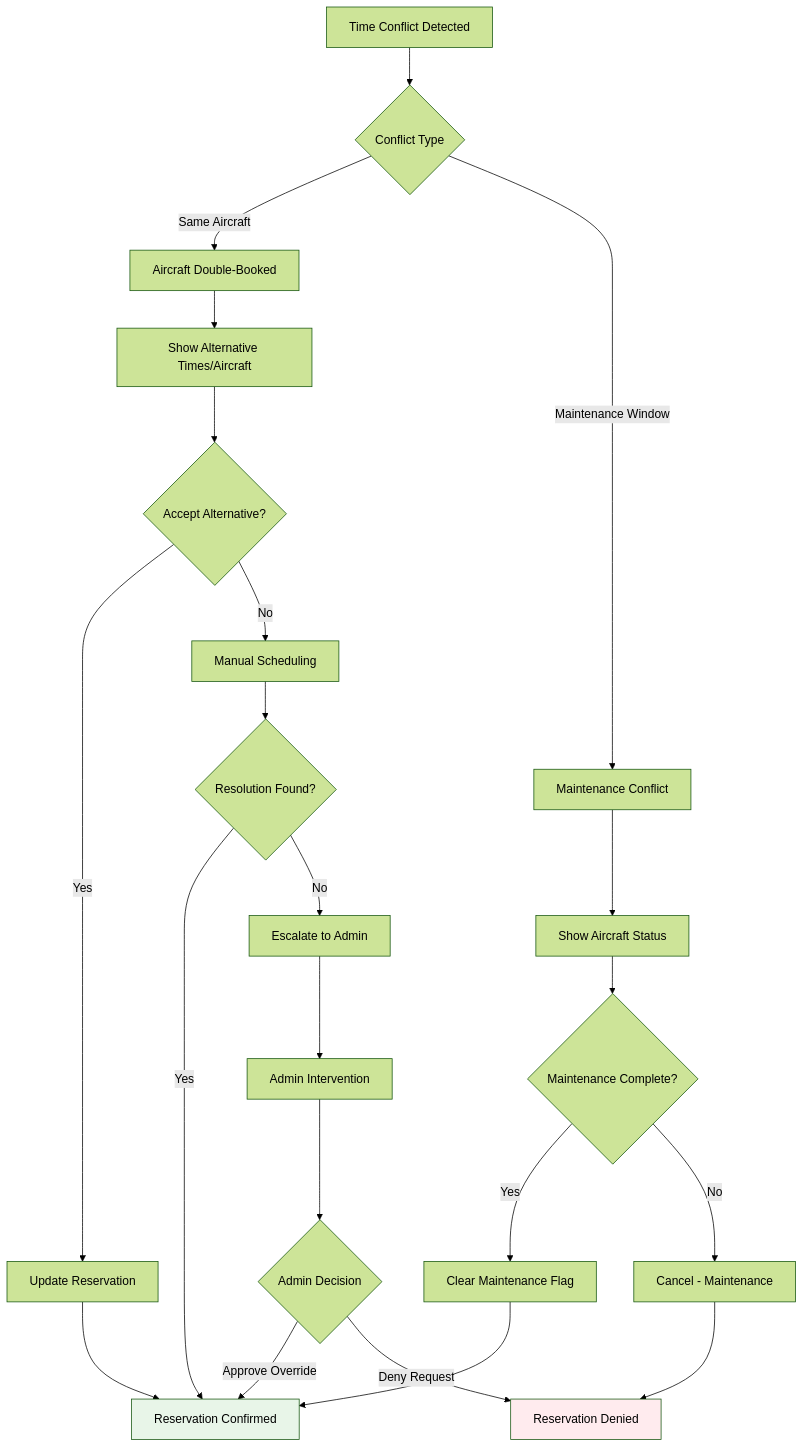
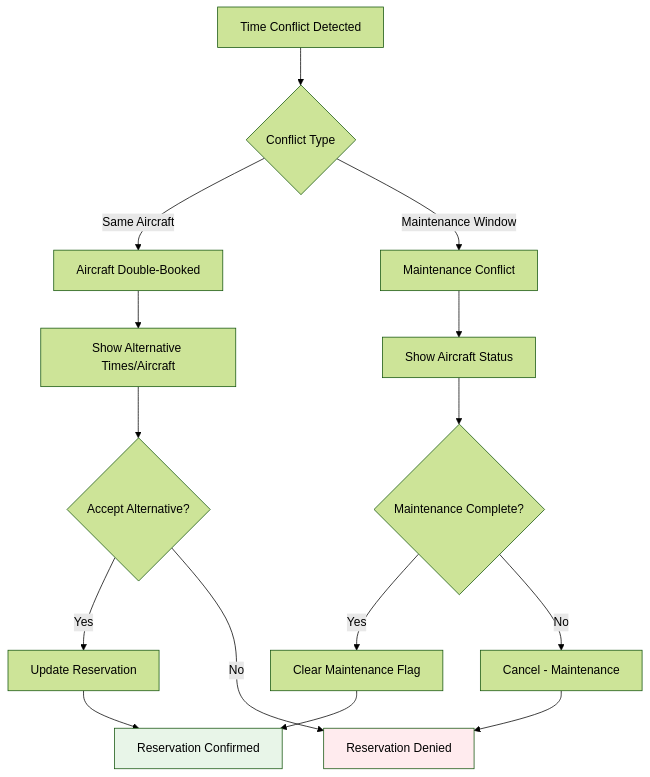
The fourth of 5 diagrams in docs/workflows/issue-190-glider-reservation-design.md (pietbarber/Manage2Soar), drawn with Mermaid (forest theme) before and after one commit. The commit also changed other lines of this file, not shown here.

Commit message:
Refactor glider reservation workflow to introduce 'Guest Flying' option and enhance qualification checks. Update flowchart logic for improved clarity in reservation processes, including mandatory safety meeting validation and simplified conflict resolution.

````diff
--- a/docs/workflows/issue-190-glider-reservation-design.md
+++ b/docs/workflows/issue-190-glider-reservation-design.md
@@ -161,36 +168,27 @@
 ```mermaid
 flowchart TD
     A[Time Conflict Detected] --> B{Conflict Type}
     
     B -->|Same Aircraft| C[Aircraft Double-Booked]
     B -->|Maintenance Window| D[Maintenance Conflict]
     
     C --> E[Show Alternative Times/Aircraft]
     D --> F[Show Aircraft Status]
     
     E --> G{Accept Alternative?}
     F --> H{Maintenance Complete?}
     
     G -->|Yes| I[Update Reservation]
     H -->|Yes| J[Clear Maintenance Flag]
     
-    G -->|No| K[Manual Scheduling]
+    G -->|No| K[Reservation Denied]
     H -->|No| L[Cancel - Maintenance]
     
     J --> M[Reservation Confirmed]
     I --> M
     
-    K --> N{Resolution Found?}
-    N -->|Yes| M
-    N -->|No| O[Escalate to Admin]
-    
-    O --> P[Admin Intervention]
-    P --> Q{Admin Decision}
-    Q -->|Approve Override| M
-    Q -->|Deny Request| R[Reservation Denied]
-    
-    L --> R
+    L --> K
     
     style M fill:#e8f5e8
-    style R fill:#ffebee
+    style K fill:#ffebee
 ```
````
